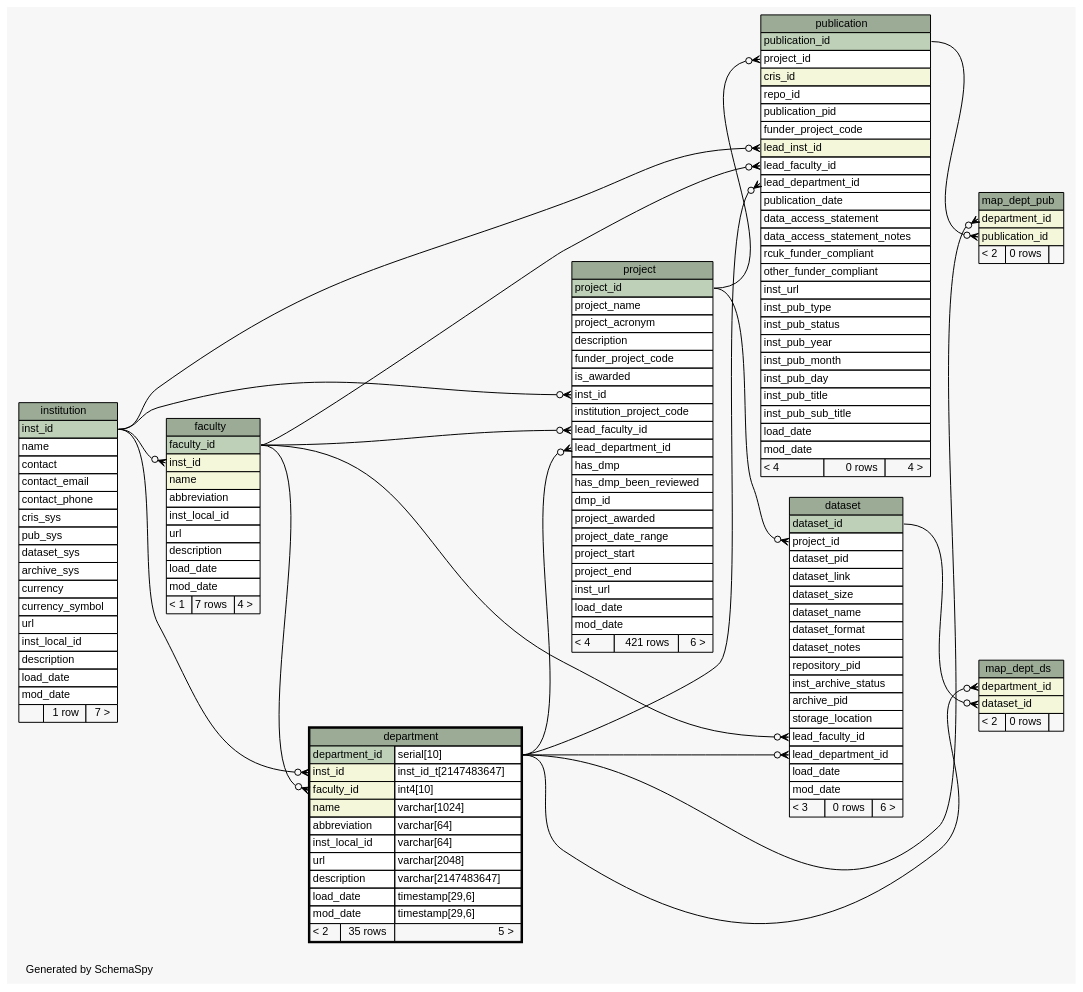
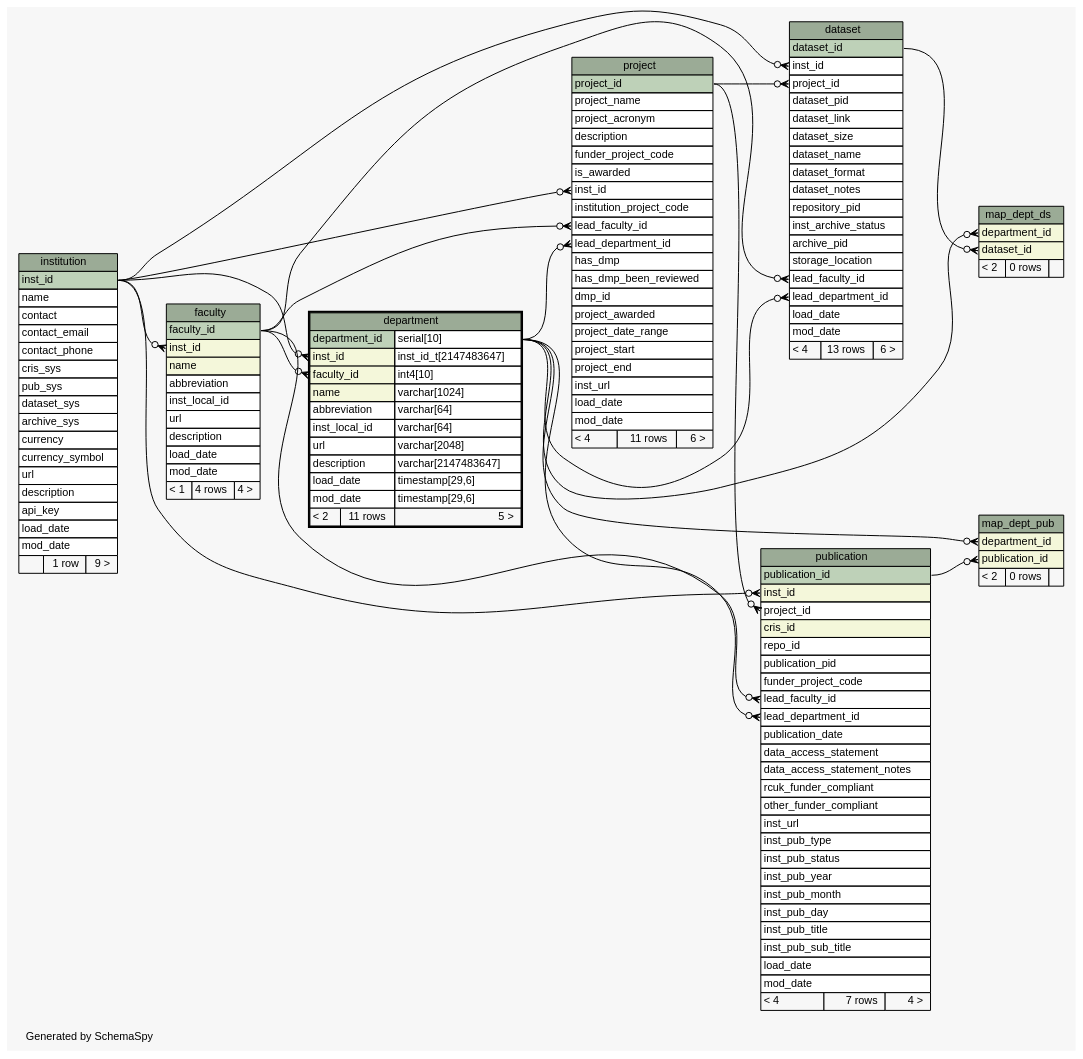
Before and after one commit to lulibrary/dmao_infrastructure: the diagram in ss.out/diagrams/department.1degree.dot, drawn with Graphviz. The commit also changed 79 other files, not shown here.

Commit message:
Addinf API calls to support simple login and access to APIs using an api_key.

```diff
--- a/ss.out/diagrams/department.1degree.dot
+++ b/ss.out/diagrams/department.1degree.dot
@@ -1,4 +1,4 @@
-// dot 2.38.0 on Linux 3.16.0-4-amd64
+// dot 2.36.0 on Linux 3.13.0-63-generic
 // SchemaSpy rev 590
 digraph "oneDegreeRelationshipsDiagram" {
   graph [
@@ -19,6 +19,7 @@
   edge [
     arrowsize="0.8"
   ];
+  "dataset":"inst_id":w -> "institution":"inst_id":e [arrowhead=none dir=back arrowtail=crowodot];
   "dataset":"lead_department_id":w -> "department":"department_id.type":e [arrowhead=none dir=back arrowtail=crowodot];
   "dataset":"lead_faculty_id":w -> "faculty":"faculty_id":e [arrowhead=none dir=back arrowtail=crowodot];
   "dataset":"project_id":w -> "project":"project_id":e [arrowhead=none dir=back arrowtail=crowodot];
@@ -32,15 +33,16 @@
   "project":"inst_id":w -> "institution":"inst_id":e [arrowhead=none dir=back arrowtail=crowodot];
   "project":"lead_department_id":w -> "department":"department_id.type":e [arrowhead=none dir=back arrowtail=crowodot];
   "project":"lead_faculty_id":w -> "faculty":"faculty_id":e [arrowhead=none dir=back arrowtail=crowodot];
+  "publication":"inst_id":w -> "institution":"inst_id":e [arrowhead=none dir=back arrowtail=crowodot];
   "publication":"lead_department_id":w -> "department":"department_id.type":e [arrowhead=none dir=back arrowtail=crowodot];
   "publication":"lead_faculty_id":w -> "faculty":"faculty_id":e [arrowhead=none dir=back arrowtail=crowodot];
-  "publication":"lead_inst_id":w -> "institution":"inst_id":e [arrowhead=none dir=back arrowtail=crowodot];
   "publication":"project_id":w -> "project":"project_id":e [arrowhead=none dir=back arrowtail=crowodot];
   "dataset" [
     label=<
     <TABLE BORDER="0" CELLBORDER="1" CELLSPACING="0" BGCOLOR="#ffffff">
       <TR><TD COLSPAN="3" BGCOLOR="#9bab96" ALIGN="CENTER">dataset</TD></TR>
       <TR><TD PORT="dataset_id" COLSPAN="3" BGCOLOR="#bed1b8" ALIGN="LEFT">dataset_id</TD></TR>
+      <TR><TD PORT="inst_id" COLSPAN="3" ALIGN="LEFT">inst_id</TD></TR>
       <TR><TD PORT="project_id" COLSPAN="3" ALIGN="LEFT">project_id</TD></TR>
       <TR><TD PORT="dataset_pid" COLSPAN="3" ALIGN="LEFT">dataset_pid</TD></TR>
       <TR><TD PORT="dataset_link" COLSPAN="3" ALIGN="LEFT">dataset_link</TD></TR>
@@ -56,7 +58,7 @@
       <TR><TD PORT="lead_department_id" COLSPAN="3" ALIGN="LEFT">lead_department_id</TD></TR>
       <TR><TD PORT="load_date" COLSPAN="3" ALIGN="LEFT">load_date</TD></TR>
       <TR><TD PORT="mod_date" COLSPAN="3" ALIGN="LEFT">mod_date</TD></TR>
-      <TR><TD ALIGN="LEFT" BGCOLOR="#f7f7f7">&lt; 3</TD><TD ALIGN="RIGHT" BGCOLOR="#f7f7f7">0 rows</TD><TD ALIGN="RIGHT" BGCOLOR="#f7f7f7">6 &gt;</TD></TR>
+      <TR><TD ALIGN="LEFT" BGCOLOR="#f7f7f7">&lt; 4</TD><TD ALIGN="RIGHT" BGCOLOR="#f7f7f7">13 rows</TD><TD ALIGN="RIGHT" BGCOLOR="#f7f7f7">6 &gt;</TD></TR>
     </TABLE>>
     URL="dataset.html"
     tooltip="dataset"
@@ -75,7 +77,7 @@
       <TR><TD PORT="description" COLSPAN="2" ALIGN="LEFT">description</TD><TD PORT="description.type" ALIGN="LEFT">varchar[2147483647]</TD></TR>
       <TR><TD PORT="load_date" COLSPAN="2" ALIGN="LEFT">load_date</TD><TD PORT="load_date.type" ALIGN="LEFT">timestamp[29,6]</TD></TR>
       <TR><TD PORT="mod_date" COLSPAN="2" ALIGN="LEFT">mod_date</TD><TD PORT="mod_date.type" ALIGN="LEFT">timestamp[29,6]</TD></TR>
-      <TR><TD ALIGN="LEFT" BGCOLOR="#f7f7f7">&lt; 2</TD><TD ALIGN="RIGHT" BGCOLOR="#f7f7f7">35 rows</TD><TD ALIGN="RIGHT" BGCOLOR="#f7f7f7">5 &gt;</TD></TR>
+      <TR><TD ALIGN="LEFT" BGCOLOR="#f7f7f7">&lt; 2</TD><TD ALIGN="RIGHT" BGCOLOR="#f7f7f7">11 rows</TD><TD ALIGN="RIGHT" BGCOLOR="#f7f7f7">5 &gt;</TD></TR>
     </TABLE>>
     URL="department.html"
     tooltip="department"
@@ -93,7 +95,7 @@
       <TR><TD PORT="description" COLSPAN="3" ALIGN="LEFT">description</TD></TR>
       <TR><TD PORT="load_date" COLSPAN="3" ALIGN="LEFT">load_date</TD></TR>
       <TR><TD PORT="mod_date" COLSPAN="3" ALIGN="LEFT">mod_date</TD></TR>
-      <TR><TD ALIGN="LEFT" BGCOLOR="#f7f7f7">&lt; 1</TD><TD ALIGN="RIGHT" BGCOLOR="#f7f7f7">7 rows</TD><TD ALIGN="RIGHT" BGCOLOR="#f7f7f7">4 &gt;</TD></TR>
+      <TR><TD ALIGN="LEFT" BGCOLOR="#f7f7f7">&lt; 1</TD><TD ALIGN="RIGHT" BGCOLOR="#f7f7f7">4 rows</TD><TD ALIGN="RIGHT" BGCOLOR="#f7f7f7">4 &gt;</TD></TR>
     </TABLE>>
     URL="faculty.html"
     tooltip="faculty"
@@ -114,11 +116,11 @@
       <TR><TD PORT="currency" COLSPAN="3" ALIGN="LEFT">currency</TD></TR>
       <TR><TD PORT="currency_symbol" COLSPAN="3" ALIGN="LEFT">currency_symbol</TD></TR>
       <TR><TD PORT="url" COLSPAN="3" ALIGN="LEFT">url</TD></TR>
-      <TR><TD PORT="inst_local_id" COLSPAN="3" ALIGN="LEFT">inst_local_id</TD></TR>
       <TR><TD PORT="description" COLSPAN="3" ALIGN="LEFT">description</TD></TR>
+      <TR><TD PORT="api_key" COLSPAN="3" ALIGN="LEFT">api_key</TD></TR>
       <TR><TD PORT="load_date" COLSPAN="3" ALIGN="LEFT">load_date</TD></TR>
       <TR><TD PORT="mod_date" COLSPAN="3" ALIGN="LEFT">mod_date</TD></TR>
-      <TR><TD ALIGN="LEFT" BGCOLOR="#f7f7f7">  </TD><TD ALIGN="RIGHT" BGCOLOR="#f7f7f7">1 row</TD><TD ALIGN="RIGHT" BGCOLOR="#f7f7f7">7 &gt;</TD></TR>
+      <TR><TD ALIGN="LEFT" BGCOLOR="#f7f7f7">  </TD><TD ALIGN="RIGHT" BGCOLOR="#f7f7f7">1 row</TD><TD ALIGN="RIGHT" BGCOLOR="#f7f7f7">9 &gt;</TD></TR>
     </TABLE>>
     URL="institution.html"
     tooltip="institution"
@@ -169,7 +171,7 @@
       <TR><TD PORT="inst_url" COLSPAN="3" ALIGN="LEFT">inst_url</TD></TR>
       <TR><TD PORT="load_date" COLSPAN="3" ALIGN="LEFT">load_date</TD></TR>
       <TR><TD PORT="mod_date" COLSPAN="3" ALIGN="LEFT">mod_date</TD></TR>
-      <TR><TD ALIGN="LEFT" BGCOLOR="#f7f7f7">&lt; 4</TD><TD ALIGN="RIGHT" BGCOLOR="#f7f7f7">421 rows</TD><TD ALIGN="RIGHT" BGCOLOR="#f7f7f7">6 &gt;</TD></TR>
+      <TR><TD ALIGN="LEFT" BGCOLOR="#f7f7f7">&lt; 4</TD><TD ALIGN="RIGHT" BGCOLOR="#f7f7f7">11 rows</TD><TD ALIGN="RIGHT" BGCOLOR="#f7f7f7">6 &gt;</TD></TR>
     </TABLE>>
     URL="project.html"
     tooltip="project"
@@ -179,12 +181,12 @@
     <TABLE BORDER="0" CELLBORDER="1" CELLSPACING="0" BGCOLOR="#ffffff">
       <TR><TD COLSPAN="3" BGCOLOR="#9bab96" ALIGN="CENTER">publication</TD></TR>
       <TR><TD PORT="publication_id" COLSPAN="3" BGCOLOR="#bed1b8" ALIGN="LEFT">publication_id</TD></TR>
+      <TR><TD PORT="inst_id" COLSPAN="3" BGCOLOR="#f4f7da" ALIGN="LEFT">inst_id</TD></TR>
       <TR><TD PORT="project_id" COLSPAN="3" ALIGN="LEFT">project_id</TD></TR>
       <TR><TD PORT="cris_id" COLSPAN="3" BGCOLOR="#f4f7da" ALIGN="LEFT">cris_id</TD></TR>
       <TR><TD PORT="repo_id" COLSPAN="3" ALIGN="LEFT">repo_id</TD></TR>
       <TR><TD PORT="publication_pid" COLSPAN="3" ALIGN="LEFT">publication_pid</TD></TR>
       <TR><TD PORT="funder_project_code" COLSPAN="3" ALIGN="LEFT">funder_project_code</TD></TR>
-      <TR><TD PORT="lead_inst_id" COLSPAN="3" BGCOLOR="#f4f7da" ALIGN="LEFT">lead_inst_id</TD></TR>
       <TR><TD PORT="lead_faculty_id" COLSPAN="3" ALIGN="LEFT">lead_faculty_id</TD></TR>
       <TR><TD PORT="lead_department_id" COLSPAN="3" ALIGN="LEFT">lead_department_id</TD></TR>
       <TR><TD PORT="publication_date" COLSPAN="3" ALIGN="LEFT">publication_date</TD></TR>
@@ -202,7 +204,7 @@
       <TR><TD PORT="inst_pub_sub_title" COLSPAN="3" ALIGN="LEFT">inst_pub_sub_title</TD></TR>
       <TR><TD PORT="load_date" COLSPAN="3" ALIGN="LEFT">load_date</TD></TR>
       <TR><TD PORT="mod_date" COLSPAN="3" ALIGN="LEFT">mod_date</TD></TR>
-      <TR><TD ALIGN="LEFT" BGCOLOR="#f7f7f7">&lt; 4</TD><TD ALIGN="RIGHT" BGCOLOR="#f7f7f7">0 rows</TD><TD ALIGN="RIGHT" BGCOLOR="#f7f7f7">4 &gt;</TD></TR>
+      <TR><TD ALIGN="LEFT" BGCOLOR="#f7f7f7">&lt; 4</TD><TD ALIGN="RIGHT" BGCOLOR="#f7f7f7">7 rows</TD><TD ALIGN="RIGHT" BGCOLOR="#f7f7f7">4 &gt;</TD></TR>
     </TABLE>>
     URL="publication.html"
     tooltip="publication"
```
